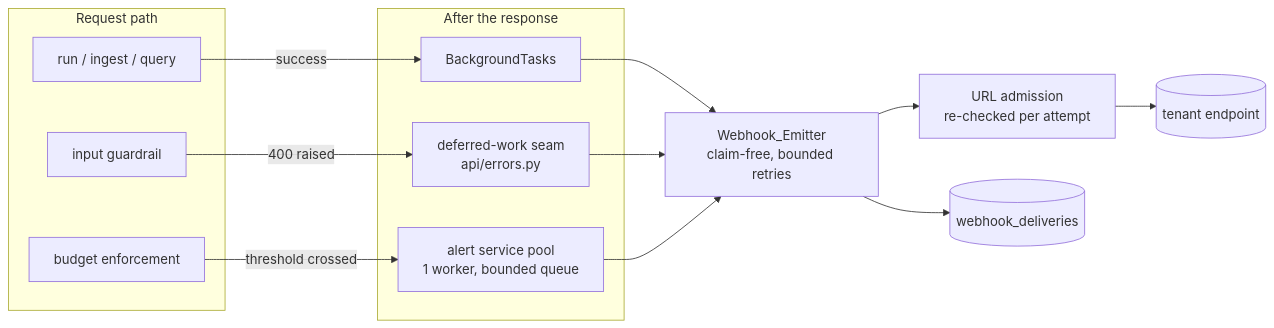
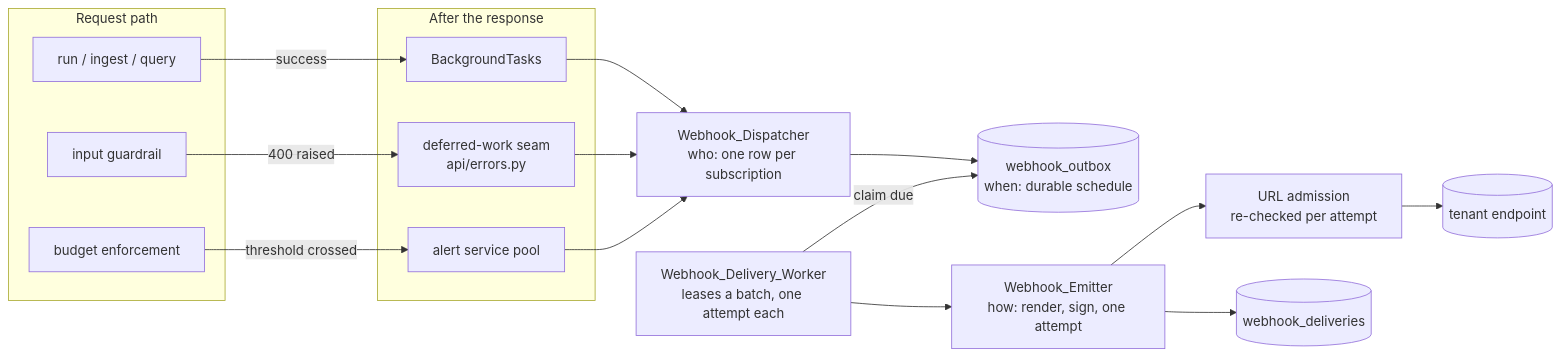
The eighth of 9 diagrams in docs/ARCHITECTURE_OVERVIEW.md (harshvardhan8058/Agentforgev2), drawn with Mermaid before and after one commit. The commit also changed other lines of this file and 46 other files, not shown here.

````diff
--- a/docs/ARCHITECTURE_OVERVIEW.md
+++ b/docs/ARCHITECTURE_OVERVIEW.md
@@ -226,23 +226,28 @@
 ```mermaid
 flowchart LR
     subgraph request[Request path]
         run[run / ingest / query]
         guard[input guardrail]
         budget[budget enforcement]
     end
     subgraph after[After the response]
         bg[BackgroundTasks]
         deferred[deferred-work seam<br/>api/errors.py]
-        pool[alert service pool<br/>1 worker, bounded queue]
+        pool[alert service pool]
     end
-    emitter[Webhook_Emitter<br/>claim-free, bounded retries]
+    dispatcher[Webhook_Dispatcher<br/>who: one row per subscription]
+    outbox[(webhook_outbox<br/>when: durable schedule)]
+    worker[Webhook_Delivery_Worker<br/>leases a batch, one attempt each]
+    emitter[Webhook_Emitter<br/>how: render, sign, one attempt]
     admission[URL admission<br/>re-checked per attempt]
     endpointx[(tenant endpoint)]
     log[(webhook_deliveries)]
 
-    run -->|success| bg --> emitter
-    guard -->|400 raised| deferred --> emitter
-    budget -->|threshold crossed| pool --> emitter
-    emitter --> admission --> endpointx
+    run -->|success| bg --> dispatcher
+    guard -->|400 raised| deferred --> dispatcher
+    budget -->|threshold crossed| pool --> dispatcher
+    dispatcher --> outbox
+    worker -->|claim due| outbox
+    worker --> emitter --> admission --> endpointx
     emitter --> log
 ```
````
